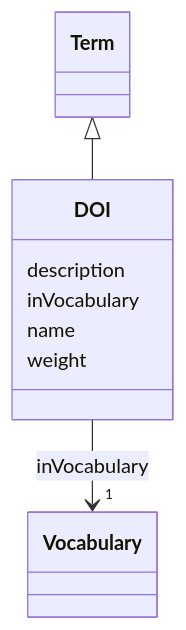
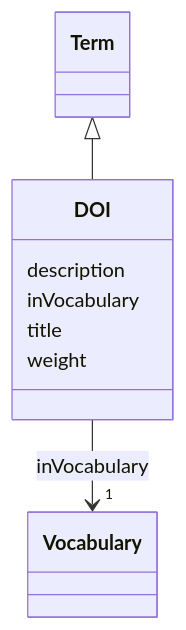
The diagram in models/docs/DOI.md (EVORA-project/evora-ontology), drawn with Mermaid before and after one commit. The commit also changed other lines of this file and 435 other files, not shown here.

````diff
--- a/models/docs/DOI.md
+++ b/models/docs/DOI.md
@@ -19,24 +19,24 @@
 ```mermaid
  classDiagram
     class DOI
     click DOI href "../DOI"
       Term <|-- DOI
         click Term href "../Term"
       
       DOI : description
         
       DOI : inVocabulary
         
           
     
     
     DOI --> "1" Vocabulary : inVocabulary
     click Vocabulary href "../Vocabulary"
 
         
-      DOI : name
+      DOI : title
         
       DOI : weight
         
       
 ```
````
